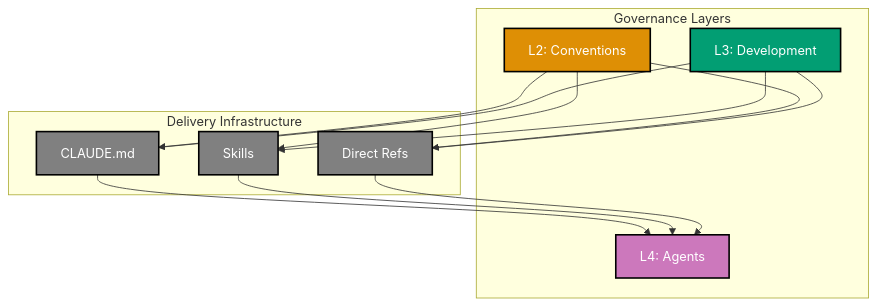
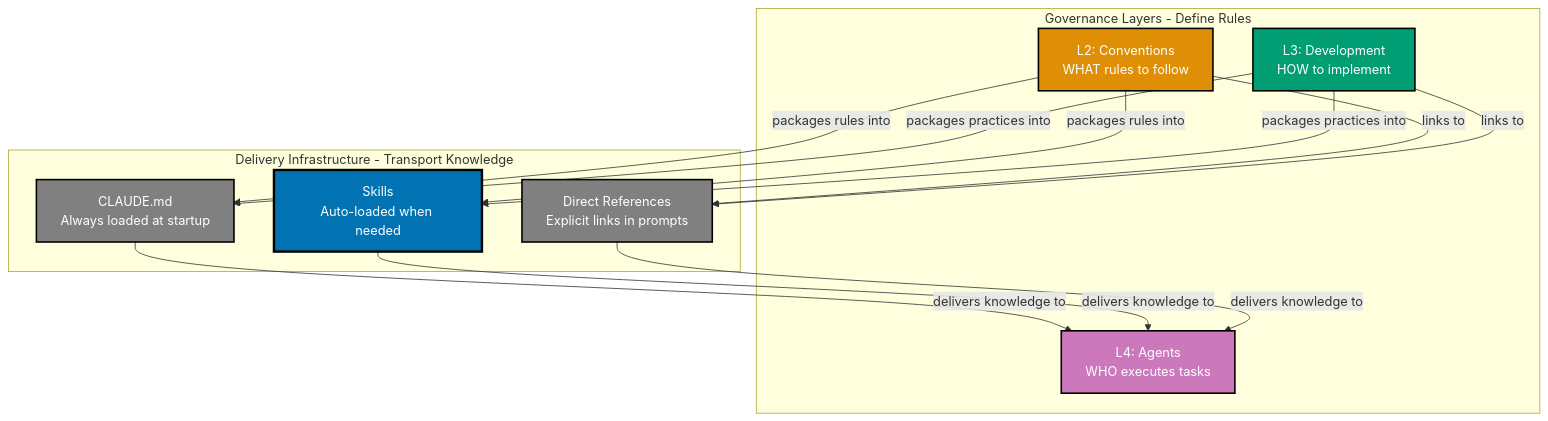
Before and after one commit to wahidyankf/open-sharia-enterprise: the second of 4 diagrams in plans/backlog/2026-01-02__skills-layer-implementation/tech-docs.md, drawn with Mermaid. The commit also changed other lines of this file and 3 other files, not shown here.

First line of the commit message:
feat(plans): enhance Skills plan with rules component updates and required skills field

````diff
--- a/plans/backlog/2026-01-02__skills-layer-implementation/tech-docs.md
+++ b/plans/backlog/2026-01-02__skills-layer-implementation/tech-docs.md
@@ -37,32 +37,33 @@
 ```mermaid
 %% Color Palette: Blue #0173B2, Orange #DE8F05, Teal #029E73, Purple #CC78BC, Brown #CA9161, Gray #808080
+%% This diagram shows how knowledge flows from source layers through delivery infrastructure to agents
 graph TD
-    subgraph Governance[Governance Layers]
-        L2[L2: Conventions]
-        L3[L3: Development]
-        L4[L4: Agents]
+    subgraph Governance[Governance Layers - Define Rules]
+        L2[L2: Conventions<br/>WHAT rules to follow]
+        L3[L3: Development<br/>HOW to implement]
+        L4[L4: Agents<br/>WHO executes tasks]
     end
 
-    subgraph Delivery[Delivery Infrastructure]
-        CM[CLAUDE.md]
-        SK[Skills]
-        DR[Direct Refs]
+    subgraph Delivery[Delivery Infrastructure - Transport Knowledge]
+        CM[CLAUDE.md<br/>Always loaded at startup]
+        SK[Skills<br/>Auto-loaded when needed]
+        DR[Direct References<br/>Explicit links in prompts]
     end
 
-    L2 --> CM
-    L2 --> SK
-    L2 --> DR
-    L3 --> CM
-    L3 --> SK
-    L3 --> DR
-    CM --> L4
-    SK --> L4
-    DR --> L4
+    L2 -->|packages rules into| CM
+    L2 -->|packages rules into| SK
+    L2 -->|links to| DR
+    L3 -->|packages practices into| CM
+    L3 -->|packages practices into| SK
+    L3 -->|links to| DR
+    CM -->|delivers knowledge to| L4
+    SK -->|delivers knowledge to| L4
+    DR -->|delivers knowledge to| L4
 
     style L2 fill:#DE8F05,stroke:#000000,color:#FFFFFF,stroke-width:2px
     style L3 fill:#029E73,stroke:#000000,color:#FFFFFF,stroke-width:2px
     style L4 fill:#CC78BC,stroke:#000000,color:#FFFFFF,stroke-width:2px
     style CM fill:#808080,stroke:#000000,color:#FFFFFF,stroke-width:2px
-    style SK fill:#808080,stroke:#000000,color:#FFFFFF,stroke-width:2px
+    style SK fill:#0173B2,stroke:#000000,color:#FFFFFF,stroke-width:3px
     style DR fill:#808080,stroke:#000000,color:#FFFFFF,stroke-width:2px
 ```
````
